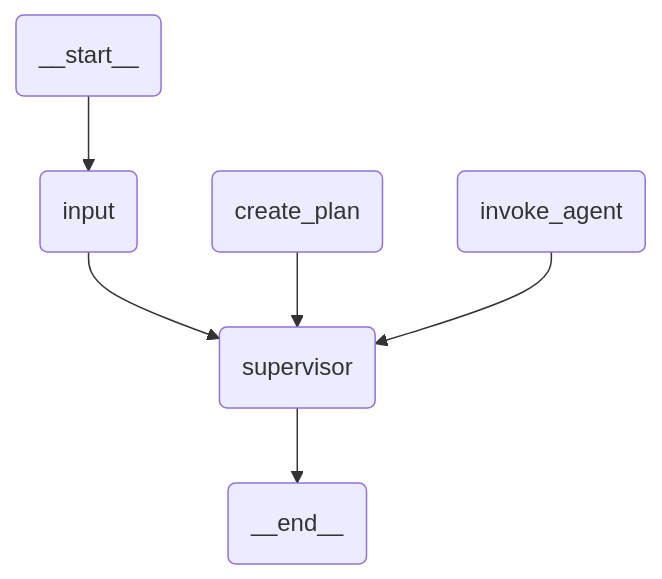
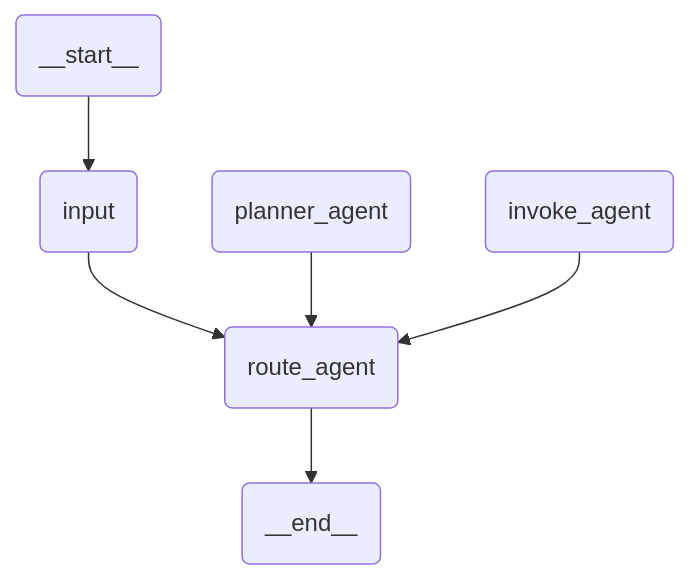
One commit to UiPath/uipath-langchain-python changed the diagram in samples/multi-agent-planner-researcher-coder-distributed/planner.mermaid. Above: the diagram before and after it, drawn with Mermaid. The commit also changed 4 other files, not shown here.

Commit message:
fix: improve schema detection for graph model nodes

```diff
--- a/samples/multi-agent-planner-researcher-coder-distributed/planner.mermaid
+++ b/samples/multi-agent-planner-researcher-coder-distributed/planner.mermaid
@@ -1,12 +1,12 @@
 flowchart TB
   __start__(__start__)
   input(input)
-  create_plan(create_plan)
-  supervisor(supervisor)
+  planner_agent(planner_agent)
+  route_agent(route_agent)
   invoke_agent(invoke_agent)
   __end__(__end__)
   __start__ --> input
-  input --> supervisor
-  supervisor --> __end__
-  create_plan --> supervisor
-  invoke_agent --> supervisor
+  input --> route_agent
+  route_agent --> __end__
+  planner_agent --> route_agent
+  invoke_agent --> route_agent
```
